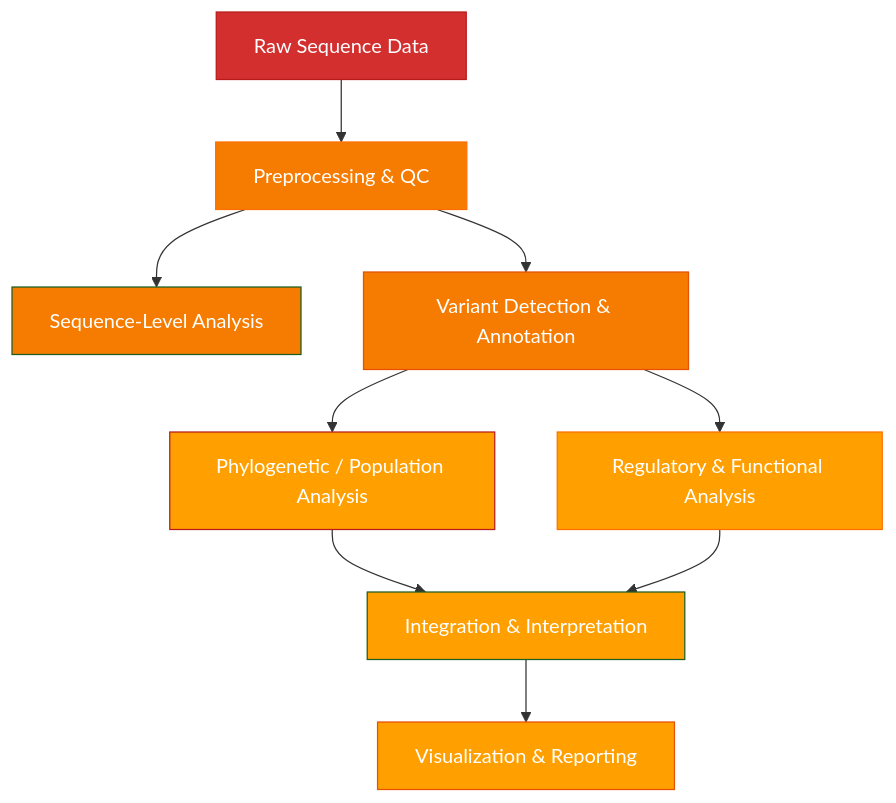
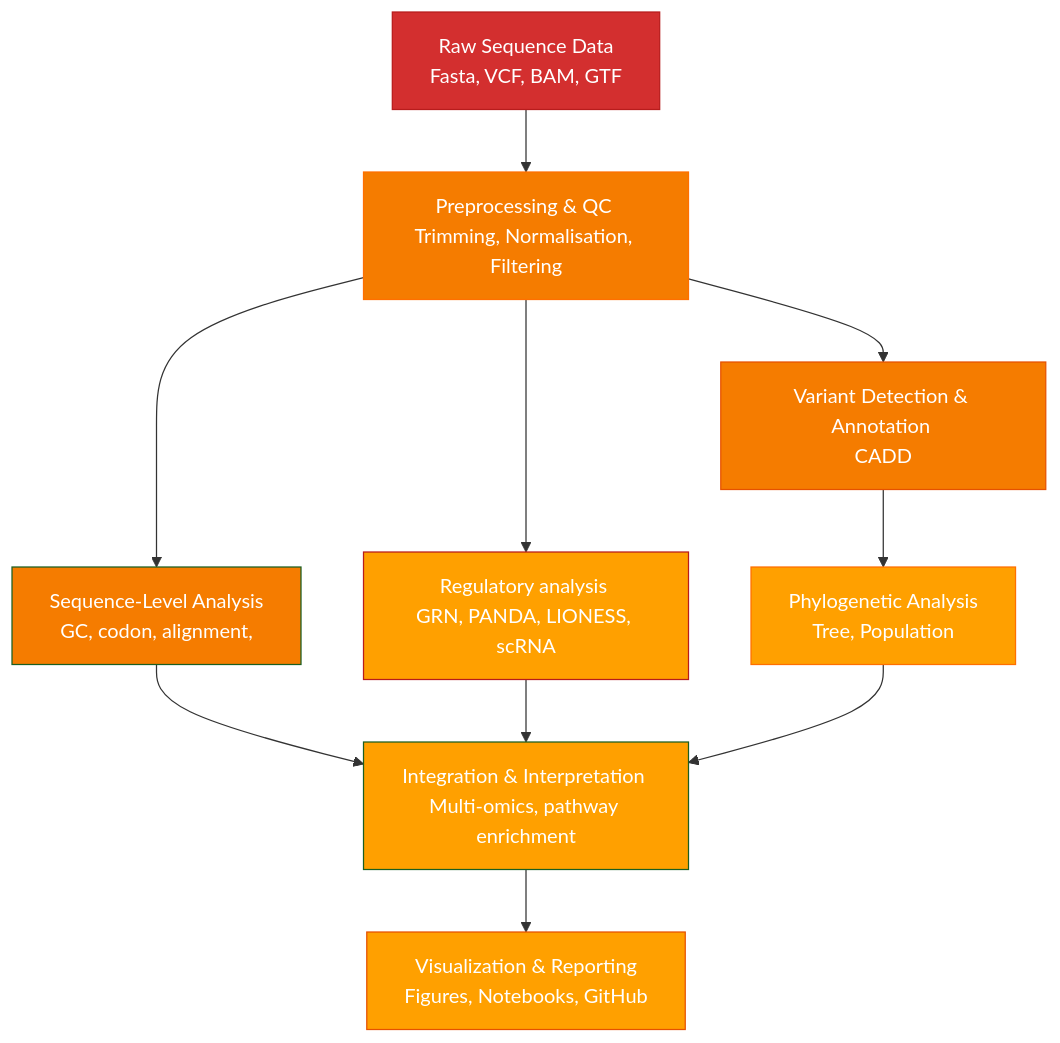
One commit to Aridoge13/Computational_Biology changed the diagram in README.md. Above: the diagram before and after it, drawn with Mermaid. The commit also changed other lines of this file and 4 other files, not shown here.

Commit message:
Panda + Lioness Pipeline for GRN in cancer

````diff
--- a/README.md
+++ b/README.md
@@ -63,20 +61,21 @@
 ```mermaid
 graph TD
-  A[Raw Sequence Data] --> B[Preprocessing & QC]
-  B --> C[Sequence-Level Analysis]
-  B --> D[Variant Detection & Annotation]
-  D --> E[Phylogenetic / Population Analysis]
-  D --> F[Regulatory & Functional Analysis]
-  E --> G[Integration & Interpretation]
+  A[Raw Sequence Data <br>Fasta, VCF, BAM, GTF</br>] --> B[Preprocessing & QC <br>Trimming, Normalisation, Filtering</br>]
+  B --> C[Sequence-Level Analysis <br>GC, codon, alignment, </br>]
+  B --> D[Variant Detection & Annotation <br>CADD</br>]
+  B --> E[Regulatory analysis <br>GRN, PANDA, LIONESS, scRNA</br>]
+  D --> F[Phylogenetic Analysis <br>Tree, Population </br>]
+  C--> G[Integration & Interpretation <br>Multi-omics, pathway enrichment</br>]
+  E --> G
   F --> G
-  G --> H[Visualization & Reporting]
+  G --> H[Visualization & Reporting <br>Figures, Notebooks, GitHub</br>]
 %% Color definitions
   style A fill:#d32f2f,stroke:#b71c1c,color:#ffffff
   style B fill:#f57c00,stroke:#ff6f00,color:#ffffff
   style C fill:#f57c00,stroke:#1b5e20,color:#ffffff
   style D fill:#f57c00,stroke:#e65100,color:#ffffff
   style E fill:#ffa000,stroke:#b71c1c,color:#ffffff
   style F fill:#ffa000,stroke:#ff6f00,color:#ffffff
   style G fill:#ffa000,stroke:#1b5e20,color:#ffffff
   style H fill:#ffa000,stroke:#e65100,color:#ffffff
 ```
````
